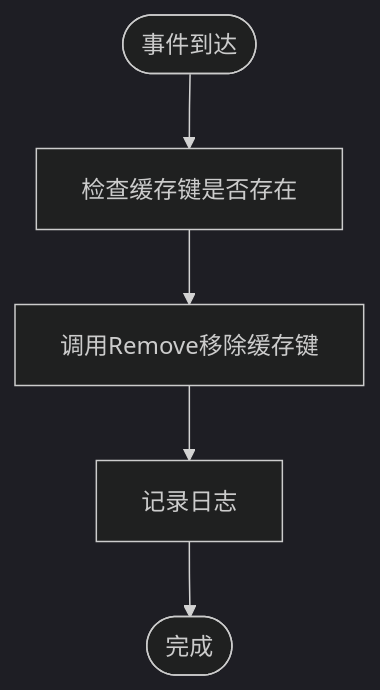
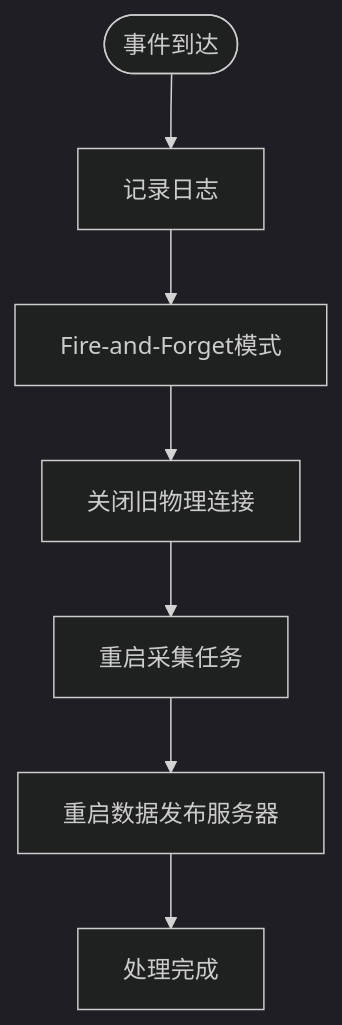
One commit to whitemousetl/IndustrialDataSolution changed the third of 4 diagrams in .qoder/repowiki/zh/content/应用服务层/缓存管理.md. Above: the diagram before and after it, drawn with Mermaid (dark theme). The commit also changed other lines of this file and 18 other files, not shown here.

````diff
--- a/.qoder/repowiki/zh/content/应用服务层/缓存管理.md
+++ b/.qoder/repowiki/zh/content/应用服务层/缓存管理.md
@@ -165,7 +162,9 @@
 ```mermaid
 flowchart TD
-Start(["事件到达"]) --> CheckKey["检查缓存键是否存在"]
-CheckKey --> Remove["调用Remove移除缓存键"]
-Remove --> Log["记录日志"]
-Log --> End(["完成"])
+Start(["事件到达"]) --> Log["记录日志"]
+Log --> FireForget["Fire-and-Forget模式"]
+FireForget --> ClearConn["关闭旧物理连接"]
+ClearConn --> RestartTasks["重启采集任务"]
+RestartTasks --> RestartServer["重启数据发布服务器"]
+RestartServer --> Complete["处理完成"]
 ```
````
